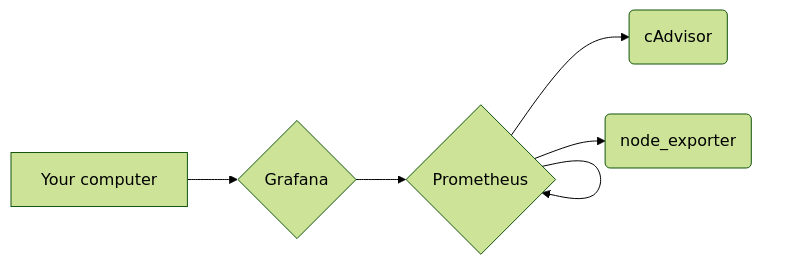
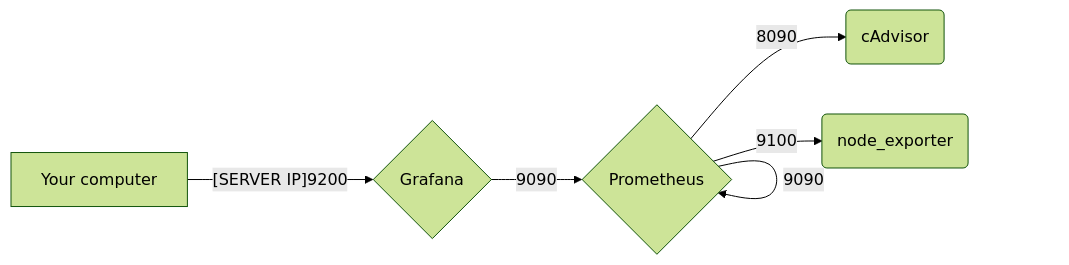
One commit to YR72dpi/debianMonitoring changed the diagram in README.md. Above: the diagram before and after it, drawn with Mermaid (forest theme).

Commit message:
fix: mermaid error

````diff
--- a/README.md
+++ b/README.md
@@ -13,14 +13,14 @@
 ```mermaid
-graph LR;
-grafana{Grafana};
-prometheus{Prometheus};
-cAdvisor(cAdvisor);
-node_exporter(node_exporter);
-computer[Your computer];
+graph LR
+grafana{Grafana}
+prometheus{Prometheus}
+cAdvisor(cAdvisor)
+node_exporter(node_exporter)
+computer[Your computer]
 
-prometheus --> cAdvisor;
-prometheus --> node_exporter;
-prometheus --> prometheus;
-grafana --> prometheus;
-computer --> grafana;
+prometheus --8090--> cAdvisor
+prometheus --9100--> node_exporter
+prometheus --9090--> prometheus
+grafana --9090--> prometheus
+computer --[SERVER IP]9200--> grafana
 ```
````
